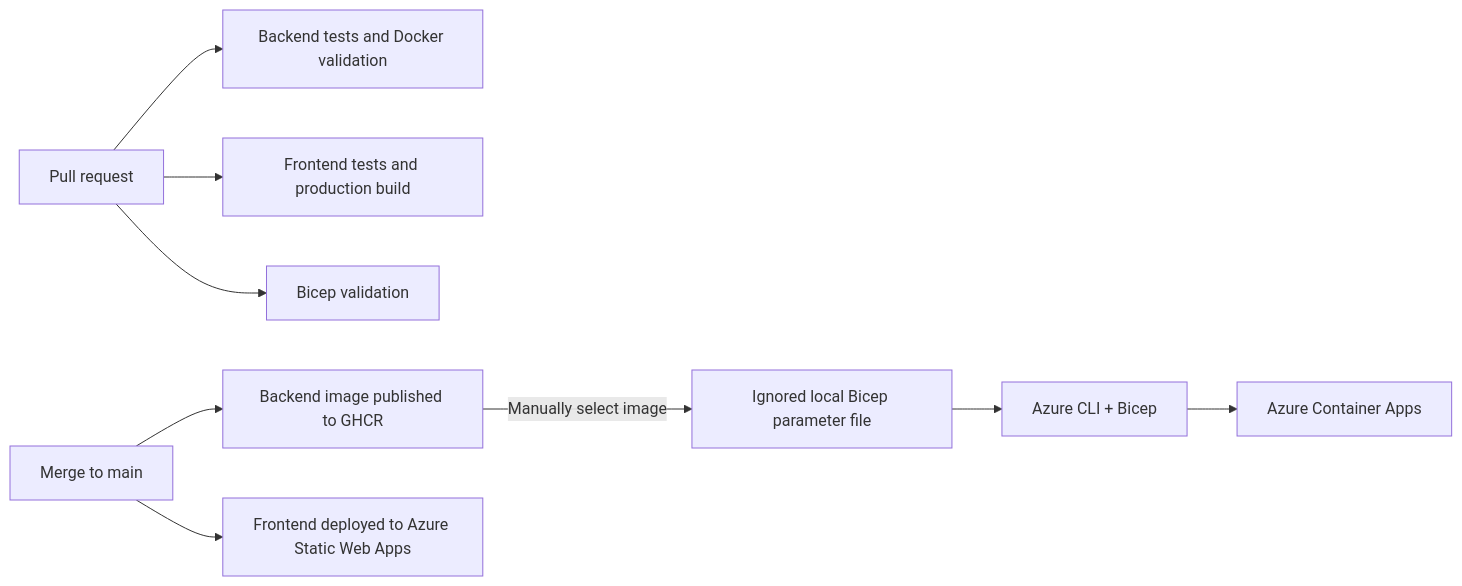
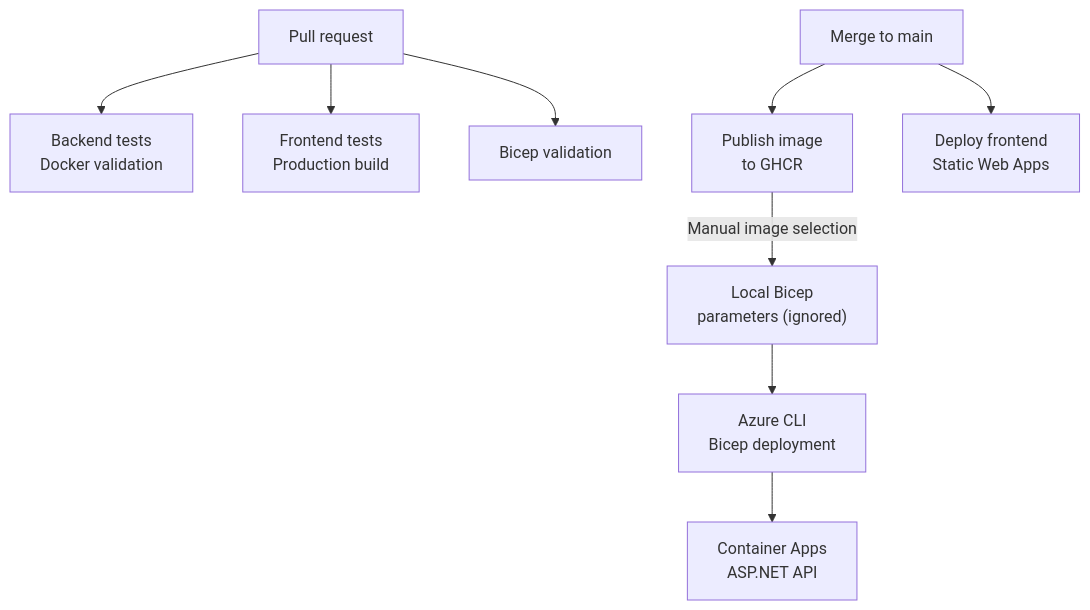
The second of 2 diagrams in README.md (johanjaners/note2quiz-ai), drawn with Mermaid before and after one commit. The commit also changed other lines of this file, not shown here.

Commit message:
docs: simplify deployment diagrams

````diff
--- a/README.md
+++ b/README.md
@@ -59,11 +59,11 @@
 ```mermaid
-flowchart LR
-  PR["Pull request"] --> Backend["Backend tests and Docker validation"]
-  PR --> Frontend["Frontend tests and production build"]
+flowchart TB
+  PR["Pull request"] --> Backend["Backend tests<br/>Docker validation"]
+  PR --> Frontend["Frontend tests<br/>Production build"]
   PR --> Bicep["Bicep validation"]
-  Main["Merge to main"] --> GHCR["Backend image published to GHCR"]
-  Main --> SWA["Frontend deployed to Azure Static Web Apps"]
-  GHCR -->|Manually select image| Params["Ignored local Bicep parameter file"]
-  Params --> CLI["Azure CLI + Bicep"]
-  CLI --> ACA["Azure Container Apps"]
+  Main["Merge to main"] --> GHCR["Publish image<br/>to GHCR"]
+  Main --> SWA["Deploy frontend<br/>Static Web Apps"]
+  GHCR -->|Manual image selection| Params["Local Bicep<br/>parameters (ignored)"]
+  Params --> CLI["Azure CLI<br/>Bicep deployment"]
+  CLI --> ACA["Container Apps<br/>ASP.NET API"]
 ```
````
